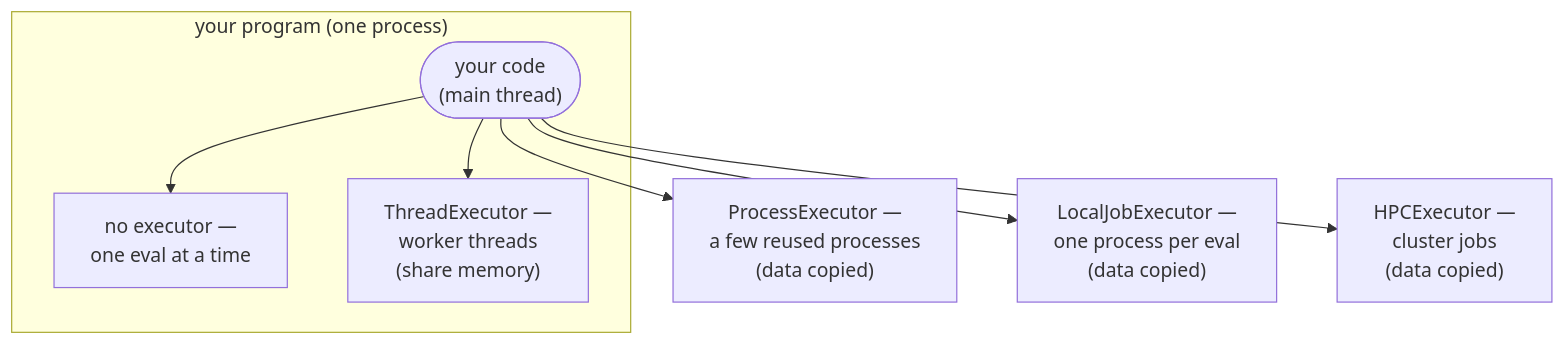
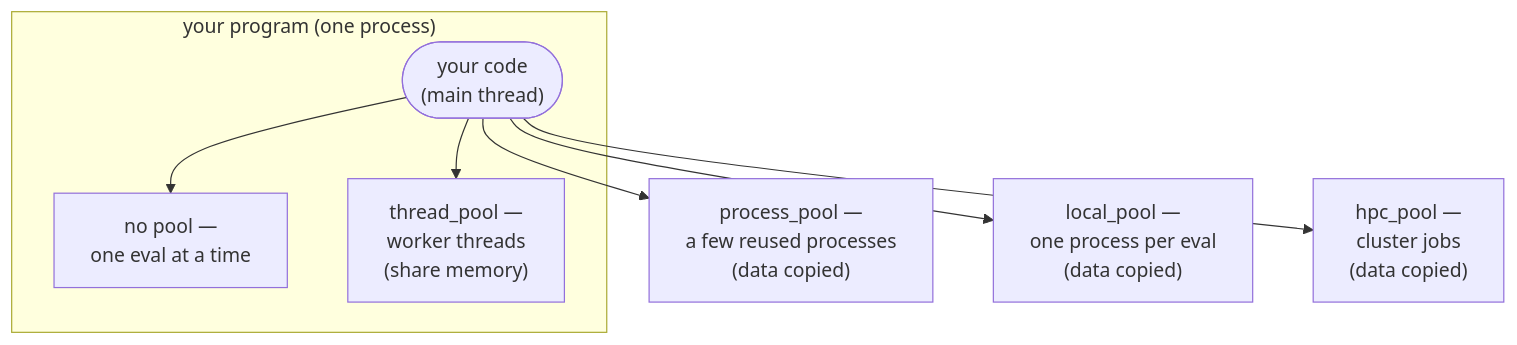
Before and after one commit to TNO-ropt/ropt: the diagram in docs/getting_started/execution.md, drawn with Mermaid. The commit also changed other lines of this file and 23 other files, not shown here.

````diff
--- a/docs/getting_started/execution.md
+++ b/docs/getting_started/execution.md
@@ -27,16 +28,16 @@
 ```mermaid
 flowchart TB
     subgraph proc["your program (one process)"]
         main(["your code<br/>(main thread)"])
-        seq["no executor —<br/>one eval at a time"]
-        th["ThreadExecutor —<br/>worker threads<br/>(share memory)"]
+        seq["no pool —<br/>one eval at a time"]
+        th["thread_pool —<br/>worker threads<br/>(share memory)"]
     end
-    wp["ProcessExecutor —<br/>a few reused processes<br/>(data copied)"]
-    loc["LocalJobExecutor —<br/>one process per eval<br/>(data copied)"]
-    clu["HPCExecutor —<br/>cluster jobs<br/>(data copied)"]
+    wp["process_pool —<br/>a few reused processes<br/>(data copied)"]
+    loc["local_pool —<br/>one process per eval<br/>(data copied)"]
+    clu["hpc_pool —<br/>cluster jobs<br/>(data copied)"]
     main --> seq
     main --> th
     main --> wp
     main --> loc
     main --> clu
 ```
````
